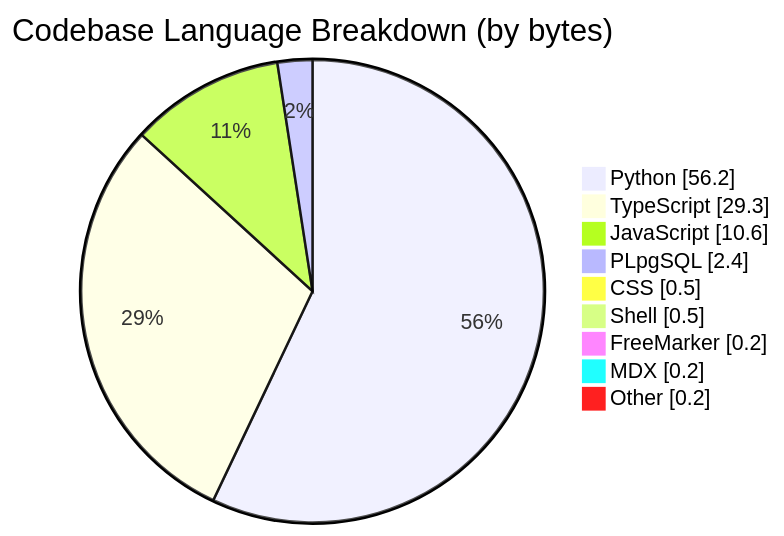
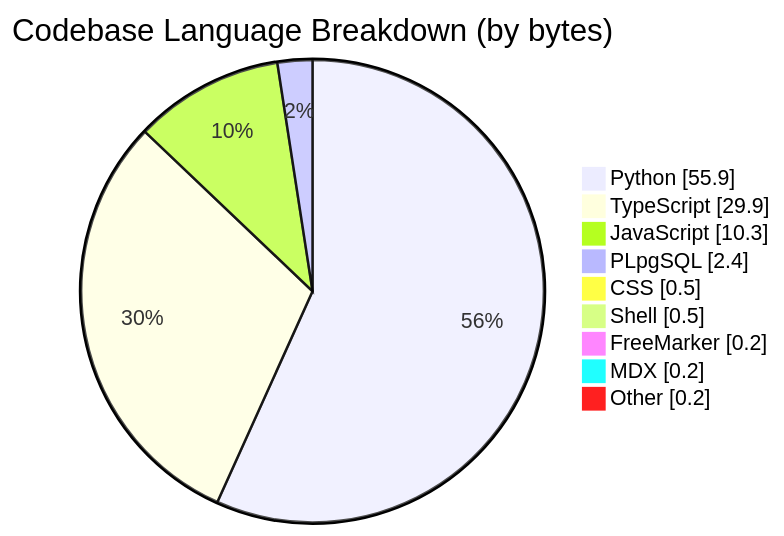
The third of 4 diagrams in profile/README.md (CSTH-Projects/.github), drawn with Mermaid before and after one commit. The commit also changed other lines of this file, not shown here.

````diff
--- a/profile/README.md
+++ b/profile/README.md
@@ -63,13 +63,13 @@
 ```mermaid
 pie showData
     title Codebase Language Breakdown (by bytes)
-    "Python" : 56.2
-    "TypeScript" : 29.3
-    "JavaScript" : 10.6
+    "Python" : 55.9
+    "TypeScript" : 29.9
+    "JavaScript" : 10.3
     "PLpgSQL" : 2.4
     "CSS" : 0.5
     "Shell" : 0.5
     "FreeMarker" : 0.2
     "MDX" : 0.2
     "Other" : 0.2
 ```
````
